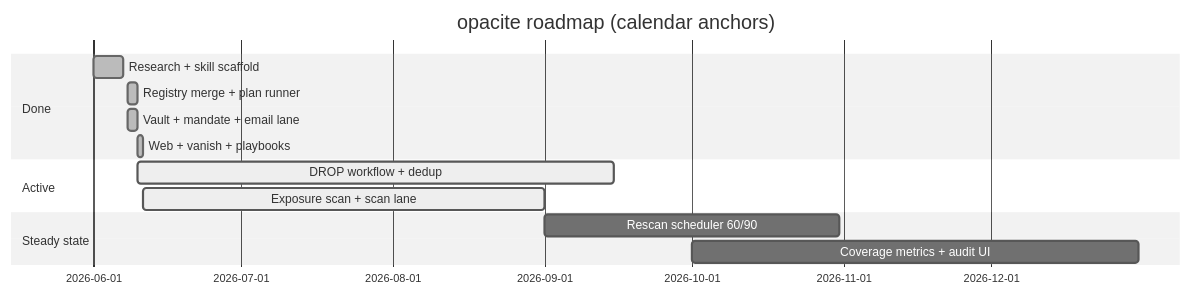
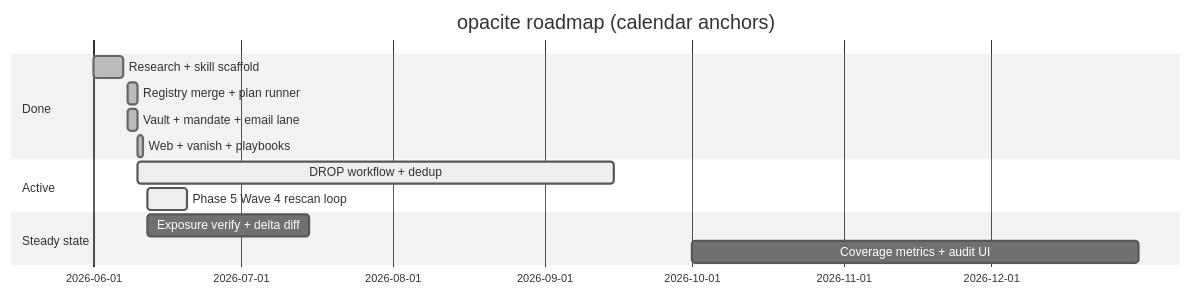
Before and after one commit to weijia-89/opacite: the diagram in references/ROADMAP.md, drawn with Mermaid (neutral theme). The commit also changed other lines of this file and 5 other files, not shown here.

First line of the commit message:
feat(wave4): rescan scheduler + adversarial ROADMAP gap audit (#6)

````diff
--- a/references/ROADMAP.md
+++ b/references/ROADMAP.md
@@ -37,16 +65,16 @@
 ```mermaid
 gantt
   title opacite roadmap (calendar anchors)
   dateFormat YYYY-MM-DD
   section Done
   Research + skill scaffold     :done, p0, 2026-06-01, 2026-06-07
   Registry merge + plan runner  :done, p1, 2026-06-08, 2026-06-10
   Vault + mandate + email lane  :done, p2, 2026-06-08, 2026-06-10
   Web + vanish + playbooks      :done, p3, 2026-06-10, 2026-06-11
   section Active
   DROP workflow + dedup         :active, p4, 2026-06-10, 2026-09-15
-  Exposure scan + scan lane     :active, p5a, 2026-06-11, 2026-09-01
+  Phase 5 Wave 4 rescan loop    :active, p5w4, 2026-06-12, 2026-06-20
   section Steady state
-  Rescan scheduler 60/90        :p5b, 2026-09-01, 2026-10-31
+  Exposure verify + delta diff  :p5b, 2026-06-12, 2026-07-15
   Coverage metrics + audit UI   :p6, 2026-10-01, 2026-12-31
 ```
````
